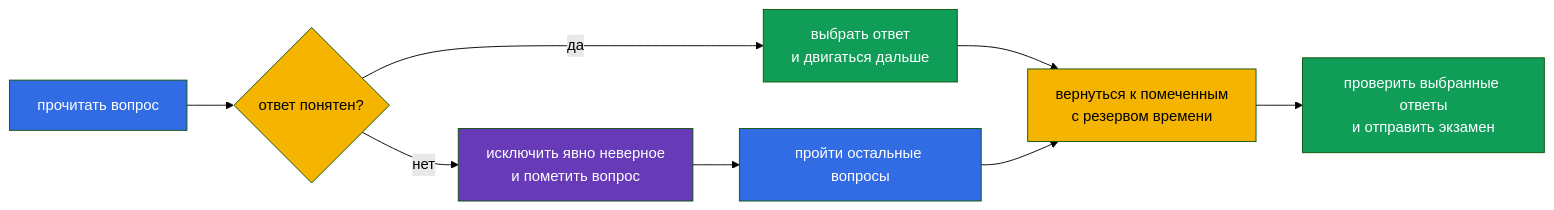
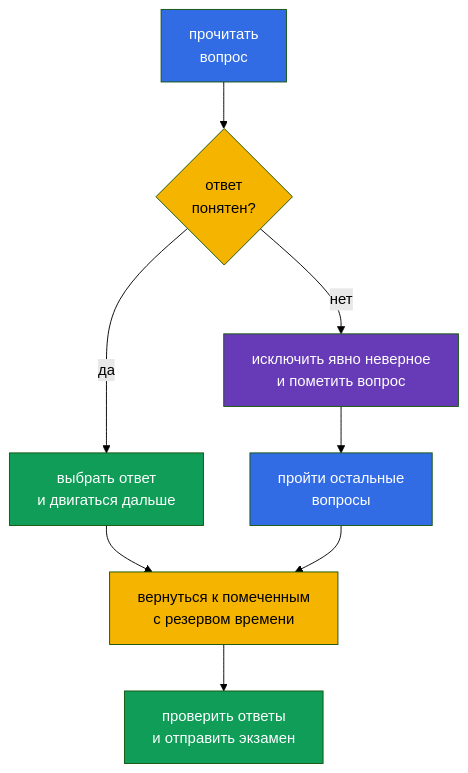
Before and after one commit to ViktorUJ/cks: the diagram in tasks/kcsa/course/20/ru.md, drawn with Mermaid (forest theme). The commit also changed other lines of this file and 60 other files, not shown here.

````diff
--- a/tasks/kcsa/course/20/ru.md
+++ b/tasks/kcsa/course/20/ru.md
@@ -49,17 +49,17 @@
 ```mermaid
-flowchart LR
-    read["прочитать вопрос"] --> decide{"ответ понятен?"}
+flowchart TB
+    read["прочитать<br/>вопрос"] --> decide{"ответ<br/>понятен?"}
     decide -->|"да"| answer["выбрать ответ<br/>и двигаться дальше"]
     decide -->|"нет"| eliminate["исключить явно неверное<br/>и пометить вопрос"]
-    eliminate --> continue["пройти остальные вопросы"]
+    eliminate --> continue["пройти остальные<br/>вопросы"]
     answer --> review["вернуться к помеченным<br/>с резервом времени"]
     continue --> review
-    review --> final["проверить выбранные ответы<br/>и отправить экзамен"]
+    review --> final["проверить ответы<br/>и отправить экзамен"]
     style read fill:#326ce5,color:#fff
     style decide fill:#f4b400,color:#000
     style answer fill:#0f9d58,color:#fff
     style eliminate fill:#673ab7,color:#fff
     style continue fill:#326ce5,color:#fff
     style review fill:#f4b400,color:#000
     style final fill:#0f9d58,color:#fff
 ```
````
